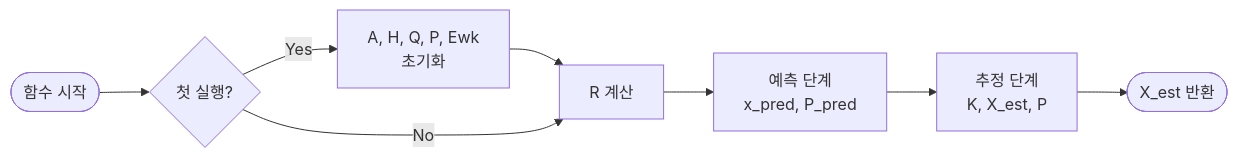
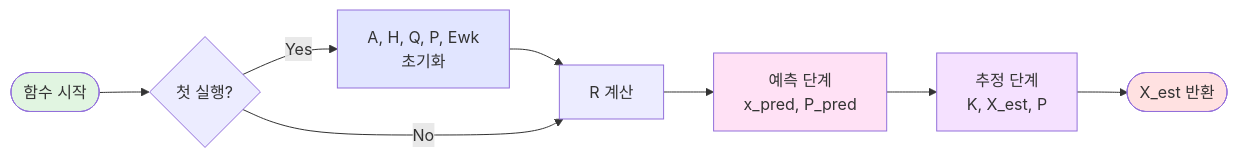
One commit to Yongseok1221/Kalman_Filter_ToA changed the second of 7 diagrams in README.md. Above: the diagram before and after it, drawn with Mermaid. The commit also changed other lines of this file, not shown here.

````diff
--- a/README.md
+++ b/README.md
@@ -35,14 +37,19 @@
 ```mermaid
 flowchart LR
     Start([함수 시작]) --> CheckFirst{첫 실행?}
     
     CheckFirst -->|Yes| Init[A, H, Q, P, Ewk<br/>초기화]
     Init --> CalcR[R 계산]
     
     CheckFirst -->|No| CalcR
     
     CalcR --> Predict[예측 단계<br/>x_pred, P_pred]
     Predict --> Update[추정 단계<br/>K, X_est, P]
     Update --> Return([X_est 반환])
     
+    style Start fill:#e1f5e1
+    style Return fill:#ffe1e1
+    style Init fill:#e1e5ff
+    style Predict fill:#ffe1f5
+    style Update fill:#f5e1ff
 ```
````
